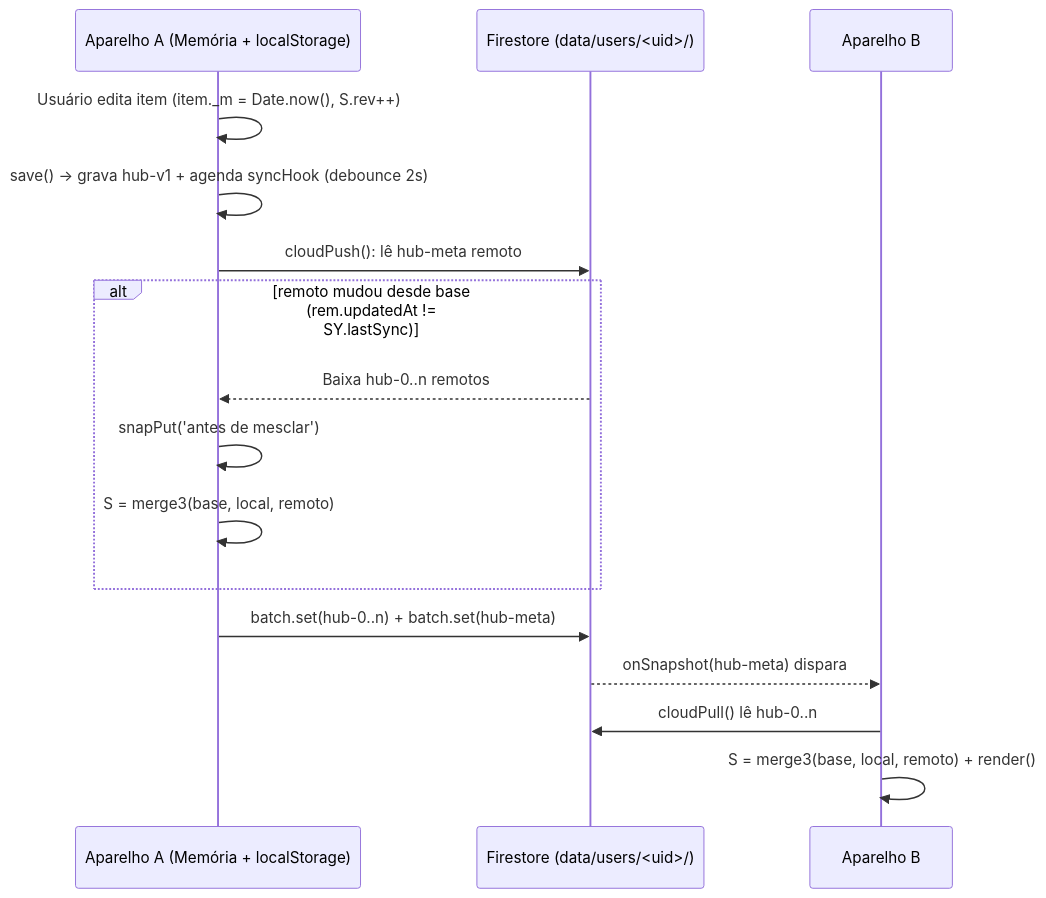
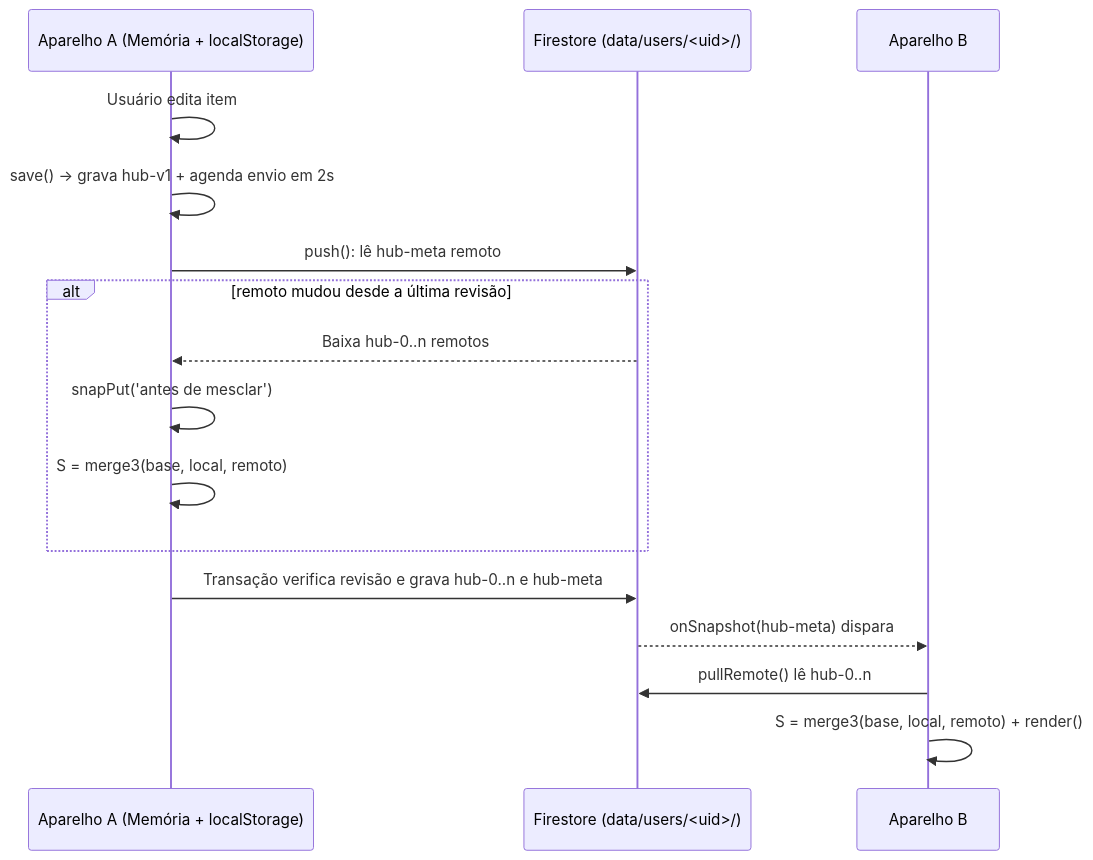
One commit to vitoriapac/MeuHub changed the third of 4 diagrams in ARCHITECTURE.md. Above: the diagram before and after it, drawn with Mermaid. The commit also changed other lines of this file and 10 other files, not shown here.

````diff
--- a/ARCHITECTURE.md
+++ b/ARCHITECTURE.md
@@ -168,19 +168,19 @@
 ```mermaid
 sequenceDiagram
     participant AppA as Aparelho A (Memória + localStorage)
     participant FS as Firestore (data/users/<uid>/)
     participant AppB as Aparelho B
 
-    AppA->>AppA: Usuário edita item (item._m = Date.now(), S.rev++)
-    AppA->>AppA: save() -> grava hub-v1 + agenda syncHook (debounce 2s)
-    AppA->>FS: cloudPush(): lê hub-meta remoto
-    alt remoto mudou desde base (rem.updatedAt != SY.lastSync)
+    AppA->>AppA: Usuário edita item
+    AppA->>AppA: save() -> grava hub-v1 + agenda envio em 2s
+    AppA->>FS: push(): lê hub-meta remoto
+    alt remoto mudou desde a última revisão
         FS-->>AppA: Baixa hub-0..n remotos
         AppA->>AppA: snapPut('antes de mesclar')
         AppA->>AppA: S = merge3(base, local, remoto)
     end
-    AppA->>FS: batch.set(hub-0..n) + batch.set(hub-meta)
+    AppA->>FS: Transação verifica revisão e grava hub-0..n e hub-meta
     FS-->>AppB: onSnapshot(hub-meta) dispara
-    AppB->>FS: cloudPull() lê hub-0..n
+    AppB->>FS: pullRemote() lê hub-0..n
     AppB->>AppB: S = merge3(base, local, remoto) + render()
 ```
````
